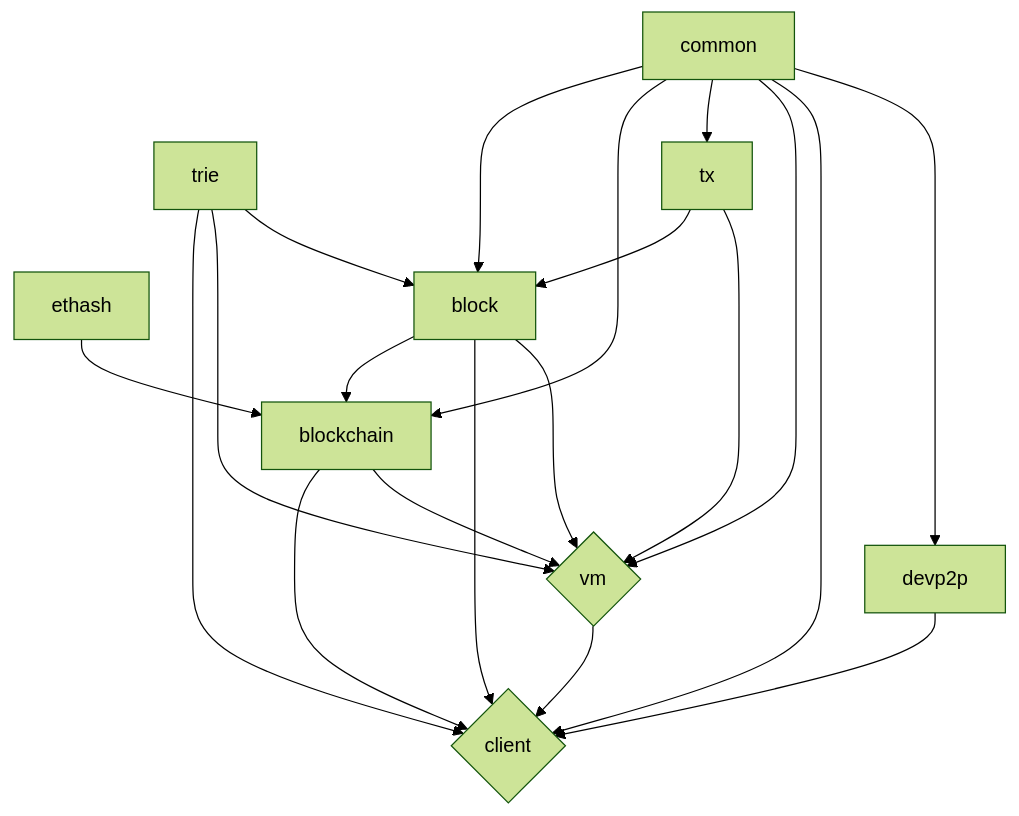
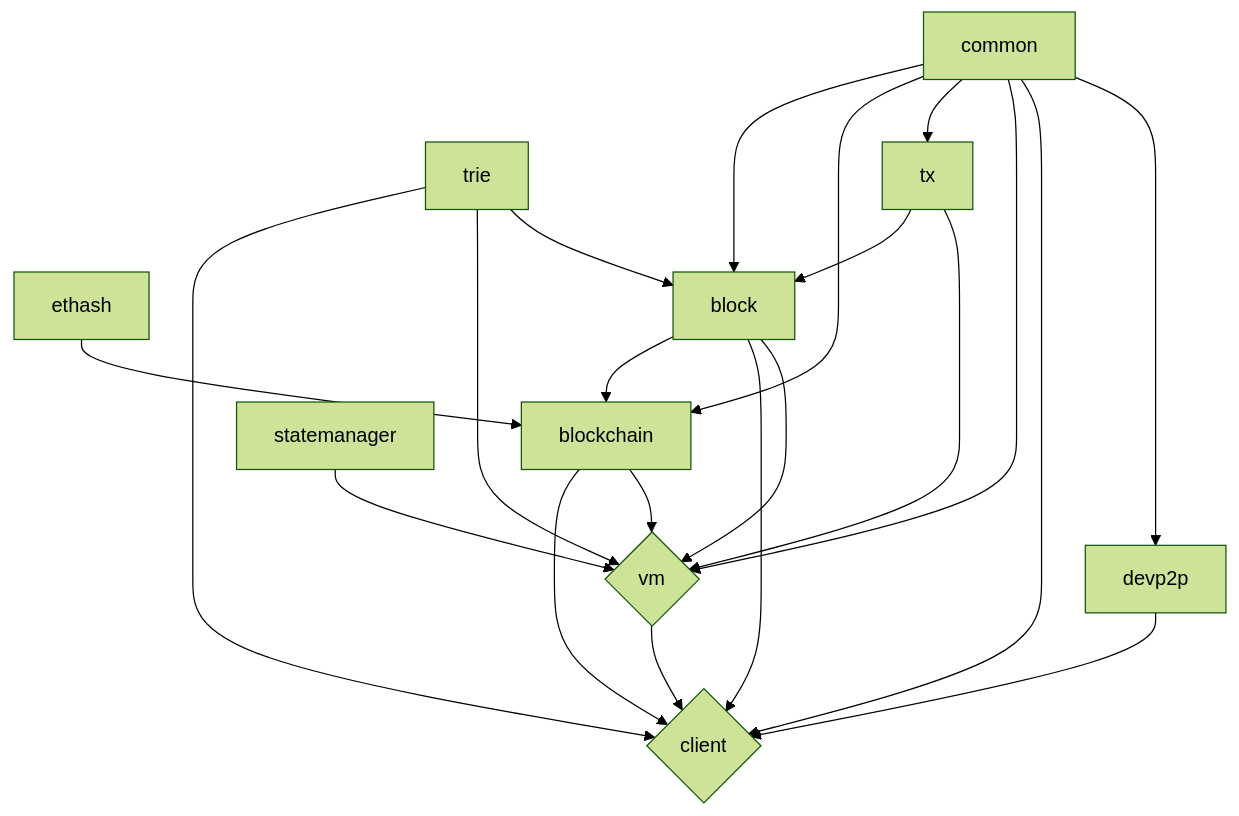
Before and after one commit to ethereumjs/ethereumjs-monorepo: the diagram in README.md, drawn with Mermaid (forest theme). The commit also changed other lines of this file, not shown here.

Commit message:
add statemanager to root readme

````diff
--- a/README.md
+++ b/README.md
@@ -36,24 +37,25 @@
 ```mermaid
  graph TD
    vm{vm}
    client{client}
    ethash --> blockchain
    devp2p --> client
    block --> blockchain
    block --> client
    block --> vm
    blockchain --> client
    blockchain --> vm
    trie --> client
    trie --> vm
    trie --> block
    common --> block
    common --> blockchain
    common --> tx
    common --> vm
    common --> client
    common --> devp2p
    tx --> block
    tx --> vm
    vm --> client
- ```
+   statemanager --> vm
+```
````
